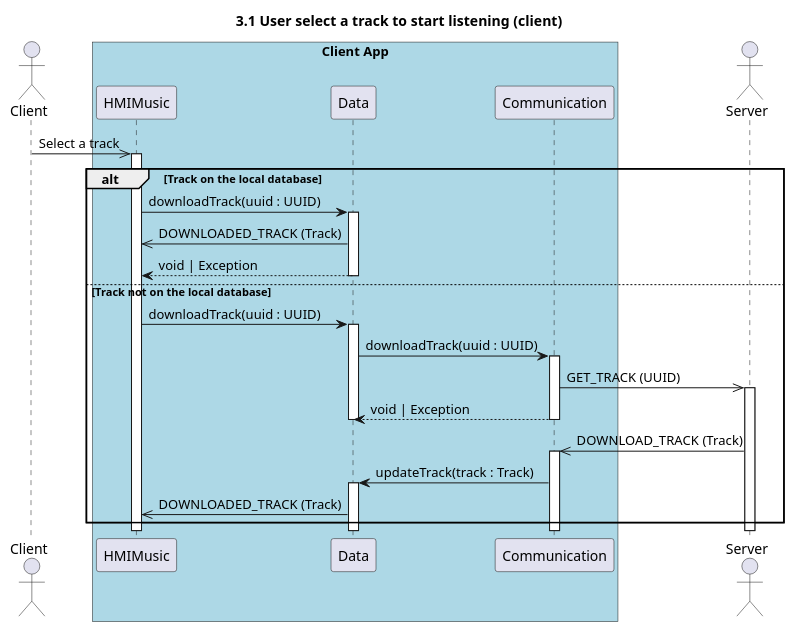
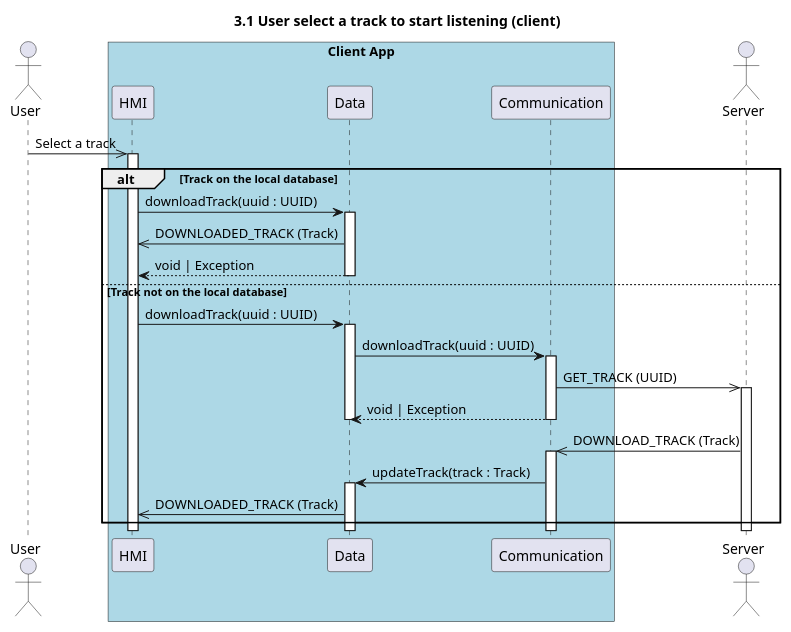
The diagram in sequence/3.1.listen_music_client.puml (UTCAI12/Diagrams), drawn with PlantUML before and after one commit. The commit also changed 8 other files, not shown here.

```diff
--- a/sequence/3.1.listen_music_client.puml
+++ b/sequence/3.1.listen_music_client.puml
@@ -1,34 +1,33 @@
 @startuml 3.1 User select a track to start listening (client)
 title 3.1 User select a track to start listening (client)
 
-actor Client
+actor "User" as user
 box "Client App" #LightBlue
-    participant HMIMusic
-    participant Data
-    participant Communication
+    participant "HMI" as hmi
+    participant "Data" as data
+    participant "Communication" as com
 end box
+actor "Server" as server
 
-actor Server 
-
-Client ->> HMIMusic++: Select a track
+user ->> hmi++: Select a track
 
 
 alt Track on the local database
-    HMIMusic -> Data++: downloadTrack(uuid : UUID)
-    Data->>HMIMusic: DOWNLOADED_TRACK (Track)
+    hmi -> data++: downloadTrack(uuid : UUID)
+    data->>hmi: DOWNLOADED_TRACK (Track)
     return void | Exception
 
 else Track not on the local database 
-    HMIMusic -> Data++: downloadTrack(uuid : UUID)
-    Data -> Communication++: downloadTrack(uuid : UUID)
-    Communication ->> Server++: GET_TRACK (UUID)
-    Communication --> Data: void | Exception
-    deactivate Data
-    deactivate Communication
+    hmi -> data++: downloadTrack(uuid : UUID)
+    data -> com++: downloadTrack(uuid : UUID)
+    com ->> server++: GET_TRACK (UUID)
+    com --> data: void | Exception
+    deactivate data
+    deactivate com
 
-    Server ->> Communication++: DOWNLOAD_TRACK (Track) 
-    Communication -> Data++: updateTrack(track : Track)
-    Data->>HMIMusic: DOWNLOADED_TRACK (Track) 
+    server ->> com++: DOWNLOAD_TRACK (Track) 
+    com -> data++: updateTrack(track : Track)
+    data->>hmi: DOWNLOADED_TRACK (Track) 
 end 
 
 @enduml
```
